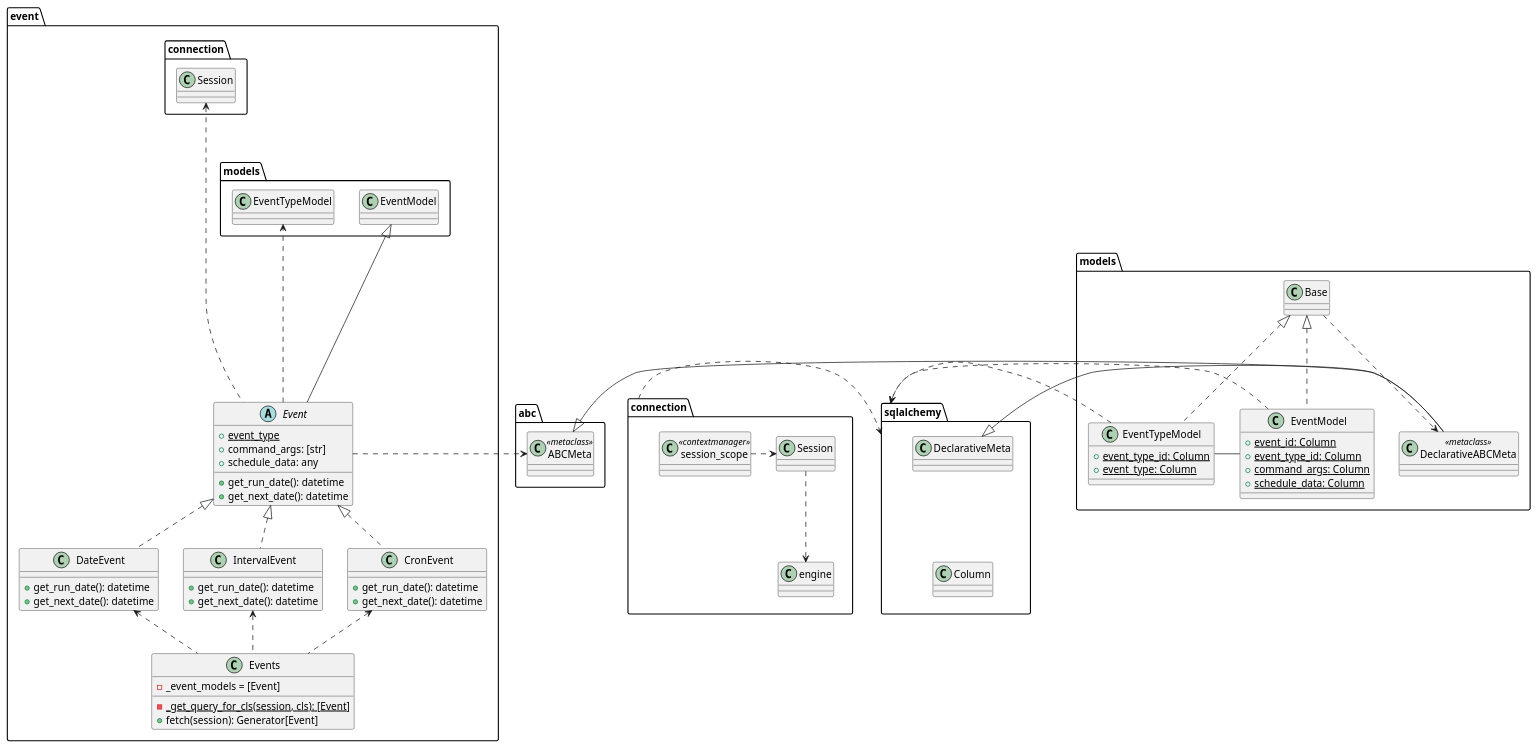
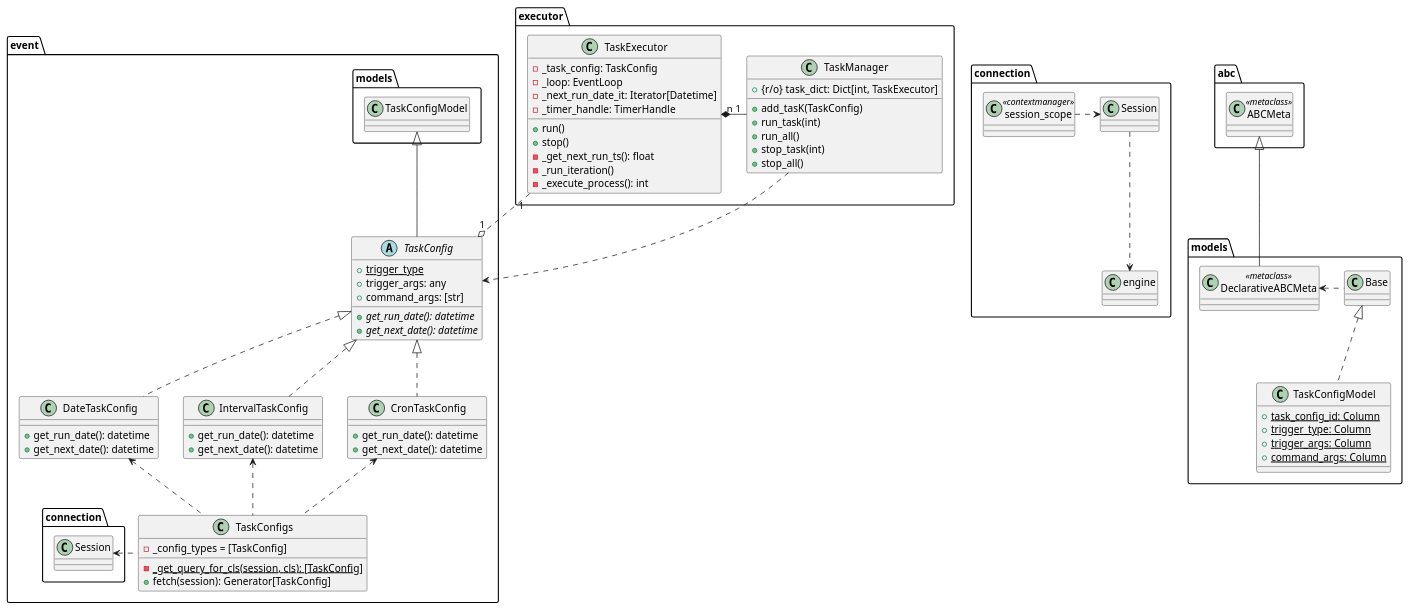
One commit to idfortytwo/pscheduler-backend changed the diagram in diagram.puml. Above: the diagram before and after it, drawn with PlantUML. The commit also changed 1 other file, not shown here.

Commit message:
updated and simplified UML

```diff
--- a/diagram.puml
+++ b/diagram.puml
@@ -1,86 +1,93 @@
 @startuml
 
 class abc.ABCMeta <<metaclass>>
 
 package event {
-    abstract class Event {
-        +{static} event_type
-        +command_args: [str]
-        +schedule_data: any
+    abstract class TaskConfig {
+        + {static} trigger_type
+        + trigger_args: any
+        + command_args: [str]
+        + {abstract} get_run_date(): datetime
+        + {abstract} get_next_date(): datetime
+    }
+    TaskConfig --u|> models.TaskConfigModel
+
+    class CronTaskConfig {
         +get_run_date(): datetime
         +get_next_date(): datetime
     }
-    Event ----u|> models.EventModel
-    Event ----[dashed]> models.EventTypeModel
-    Event -r[dashed]-> abc.ABCMeta
-    Event -----u[dashed]-> connection.Session
-
-    class CronEvent {
+    class IntervalTaskConfig{
         +get_run_date(): datetime
         +get_next_date(): datetime
     }
-    class IntervalEvent{
+    class DateTaskConfig{
         +get_run_date(): datetime
         +get_next_date(): datetime
     }
-    class DateEvent{
-        +get_run_date(): datetime
-        +get_next_date(): datetime
+    CronTaskConfig     -u[dashed]-|> TaskConfig
+    IntervalTaskConfig -u[dashed]-|> TaskConfig
+    DateTaskConfig     -u[dashed]-|> TaskConfig
+
+    class TaskConfigs {
+        - _config_types = [TaskConfig]
+        - {static} _get_query_for_cls(session, cls): [TaskConfig]
+        + fetch(session): Generator[TaskConfig]
     }
-    CronEvent     -u[dashed]-|> Event
-    IntervalEvent -u[dashed]-|> Event
-    DateEvent     -u[dashed]-|> Event
-
-    class Events {
-        - _event_models = [Event]
-        - {static} _get_query_for_cls(session, cls): [Event]
-        + fetch(session): Generator[Event]
-    }
-    Events -u[dashed]-> CronEvent
-    Events -u[dashed]-> IntervalEvent
-    Events -u[dashed]-> DateEvent
-}
-
-package sqlalchemy {
-    class sqlalchemy.DeclarativeMeta
-    class sqlalchemy.Column
-    sqlalchemy.DeclarativeMeta -d[hidden]- sqlalchemy.Column
+    TaskConfigs -u[dashed]-> CronTaskConfig
+    TaskConfigs -u[dashed]-> IntervalTaskConfig
+    TaskConfigs -u[dashed]-> DateTaskConfig
+    TaskConfigs -l[dashed]-> connection.Session
 }
 
 package connection {
     class Session
     class session_scope <<contextmanager>>
     Session -[dashed]-> engine
     session_scope -[dashed]> Session
 }
 
-connection -[dashed]> sqlalchemy
-
 package models {
     class Base
-    Base --[dashed]-> DeclarativeABCMeta
+    Base -[dashed]l> DeclarativeABCMeta
 
-    class EventTypeModel {
-        + {static} event_type_id: Column
-        + {static} event_type: Column
+    class TaskConfigModel {
+        + {static} task_config_id: Column
+        + {static} trigger_type: Column
+        + {static} trigger_args: Column
+        + {static} command_args: Column
     }
-    EventTypeModel ---------[dashed]> sqlalchemy
-    EventTypeModel ---u[dashed]|> Base
-
-    class EventModel {
-        + {static} event_id: Column
-        + {static} event_type_id: Column
-        + {static} command_args: Column
-        + {static} schedule_data: Column
-    }
-    EventModel -l[dashed]> sqlalchemy
-    EventModel --[dashed]u-|> Base
-    EventModel -l- EventTypeModel
+    TaskConfigModel .-u|> Base
 
     class DeclarativeABCMeta <<metaclass>>
-    DeclarativeABCMeta -u|> sqlalchemy.DeclarativeMeta
-    DeclarativeABCMeta -|> abc.ABCMeta
+    DeclarativeABCMeta --u|> abc.ABCMeta
 }
 
 
+package executor {
+    class TaskExecutor {
+        - _task_config: TaskConfig
+        - _loop: EventLoop
+        - _next_run_date_it: Iterator[Datetime]
+        - _timer_handle: TimerHandle
+
+        + run()
+        + stop()
+        - _get_next_run_ts(): float
+        - _run_iteration()
+        - _execute_process(): int
+    }
+
+    class TaskManager {
+        + {r/o} task_dict: Dict[int, TaskExecutor]
+        + add_tasK(TaskConfig)
+        + run_task(int)
+        + run_all()
+        + stop_task(int)
+        + stop_all()
+    }
+    TaskManager "1" --l* "n" TaskExecutor
+}
+TaskExecutor "1" .-o "1" TaskConfig
+TaskManager .-> TaskConfig
+
 @enduml
```
